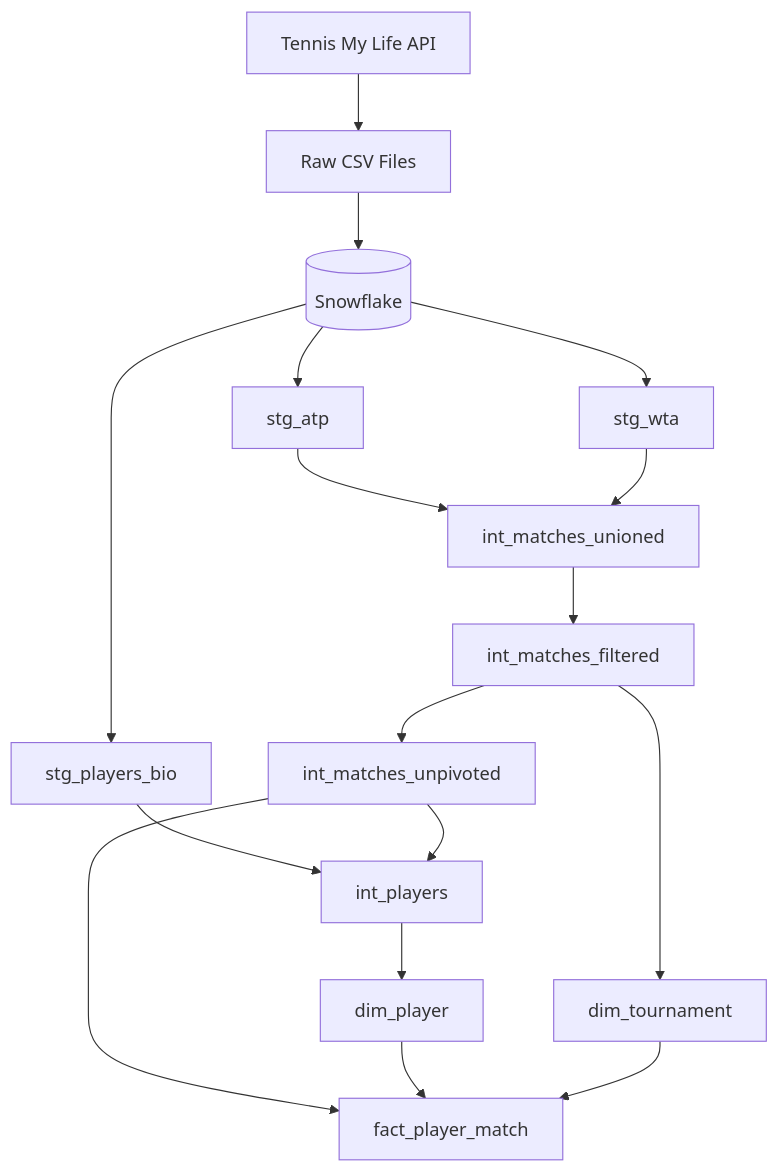
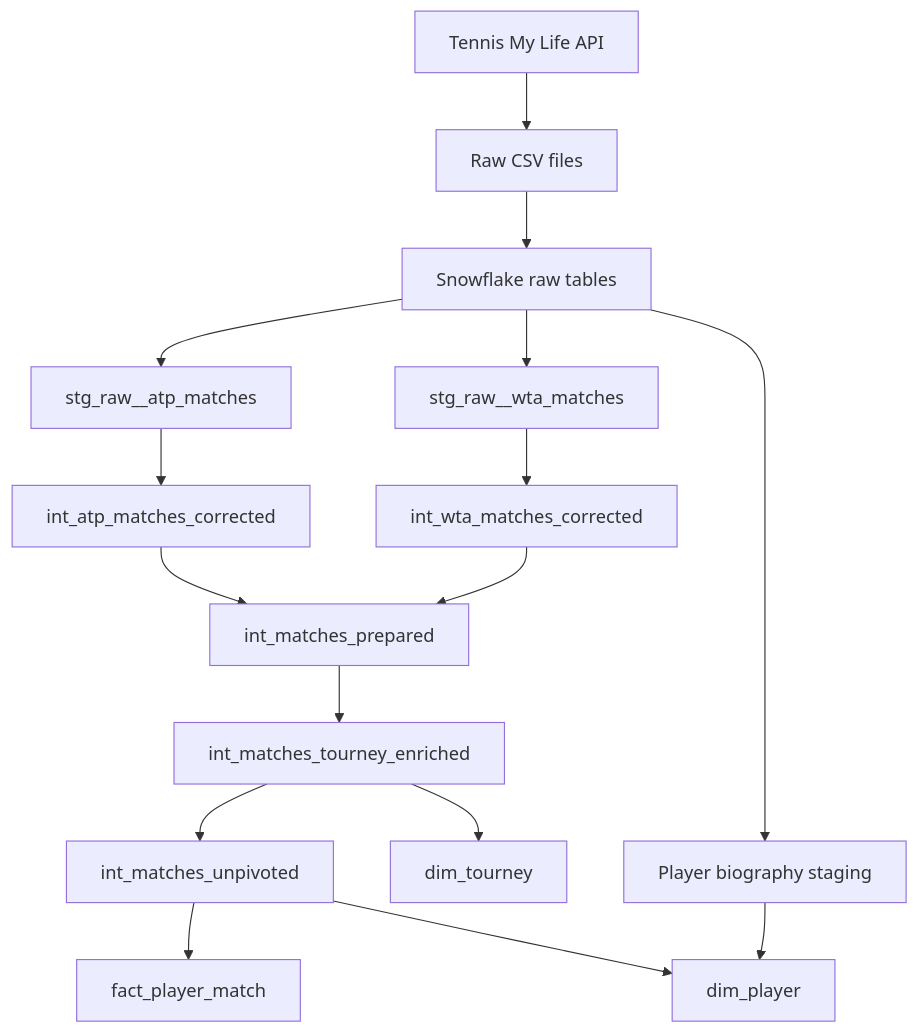
The diagram in README.MD (MabelAlamu/tennis_project), drawn with Mermaid before and after one commit. The commit also changed other lines of this file and 7 other files, not shown here.

````diff
--- a/README.MD
+++ b/README.MD
@@ -14,19 +15,21 @@
 ```mermaid
 flowchart TD
-    A[Tennis My Life API] --> B[Raw CSV Files]
-    B --> C[(Snowflake)]
-    C --> D1[stg_atp]
-    C --> D2[stg_wta]
-    C --> D3[stg_players_bio]
-    D1 --> E1[int_matches_unioned]
-    D2 --> E1
-    E1 --> E2[int_matches_filtered]
-    E2 --> E3[int_matches_unpivoted]
-    D3 --> E4[int_players]
-    E3 --> E4
-    E2 --> F2[dim_tournament]
-    E4 --> F1[dim_player]
-    E3 --> F3[fact_player_match]
-    F1 --> F3
-    F2 --> F3
+    A["Tennis My Life API"] --> B["Raw CSV files"]
+    B --> C["Snowflake raw tables"]
+
+    C --> D1["stg_raw__atp_matches"]
+    C --> D2["stg_raw__wta_matches"]
+    C --> D3["Player biography staging"]
+
+    D1 --> E1["int_atp_matches_corrected"]
+    D2 --> E2["int_wta_matches_corrected"]
+    E1 --> F["int_matches_prepared"]
+    E2 --> F
+    F --> G["int_matches_tourney_enriched"]
+    G --> H["int_matches_unpivoted"]
+
+    H --> I["fact_player_match"]
+    H --> J["dim_player"]
+    G --> K["dim_tourney"]
+    D3 --> J
 ```
````
